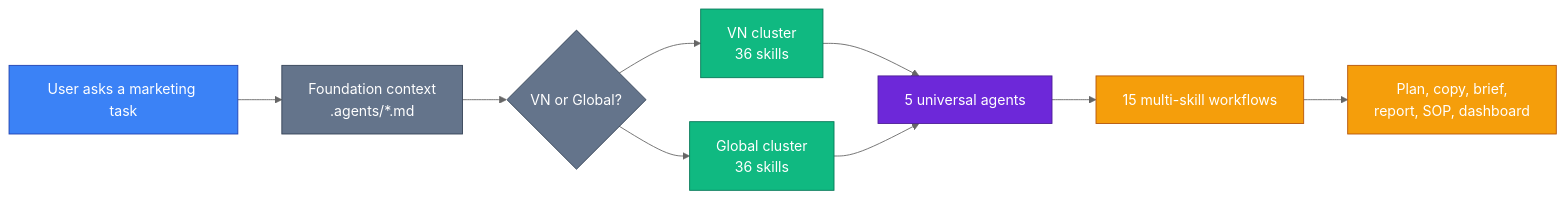
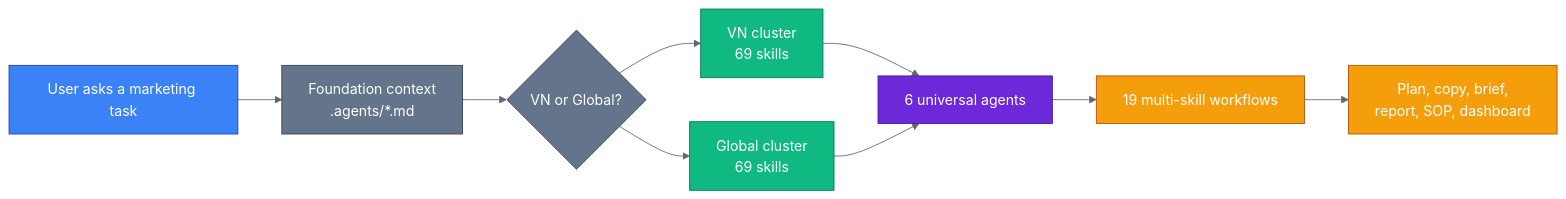
Before and after one commit to minhnv0807/ai-business-skills: the first of 2 diagrams in README.md, drawn with Mermaid (neutral theme). The commit also changed other lines of this file and 164 other files, not shown here.

````diff
--- a/README.md
+++ b/README.md
@@ -40,23 +40,23 @@
 ```mermaid
 flowchart LR
     UserRequest["User asks a marketing task"] --> Context["Foundation context<br/>.agents/*.md"]
     Context --> ModeRouter{"VN or Global?"}
-    ModeRouter --> VN["VN cluster<br/>36 skills"]
-    ModeRouter --> Global["Global cluster<br/>36 skills"]
-    VN --> Agents["5 universal agents"]
+    ModeRouter --> VN["VN cluster<br/>69 skills"]
+    ModeRouter --> Global["Global cluster<br/>69 skills"]
+    VN --> Agents["6 universal agents"]
     Global --> Agents
-    Agents --> Workflows["15 multi-skill workflows"]
+    Agents --> Workflows["19 multi-skill workflows"]
     Workflows --> Output["Plan, copy, brief,<br/>report, SOP, dashboard"]
 
     classDef user fill:#3b82f6,stroke:#1e40af,color:#fff
     classDef system fill:#64748b,stroke:#334155,color:#fff
     classDef admin fill:#f59e0b,stroke:#b45309,color:#fff
     classDef cmsdev fill:#6d28d9,stroke:#4c1d95,color:#fff
     classDef db fill:#10b981,stroke:#047857,color:#fff
 
     class UserRequest user
     class Context,ModeRouter system
     class VN,Global db
     class Agents cmsdev
     class Workflows,Output admin
 ```
````
